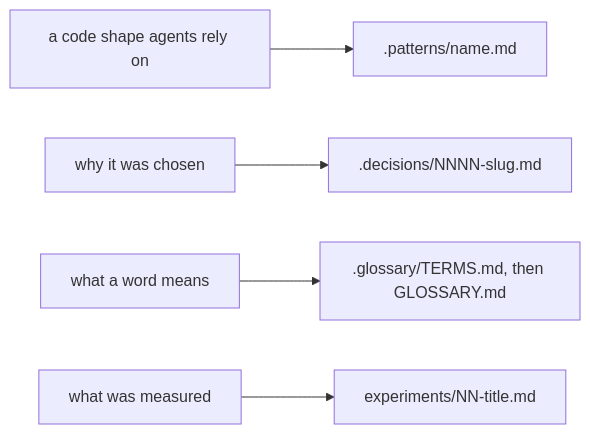
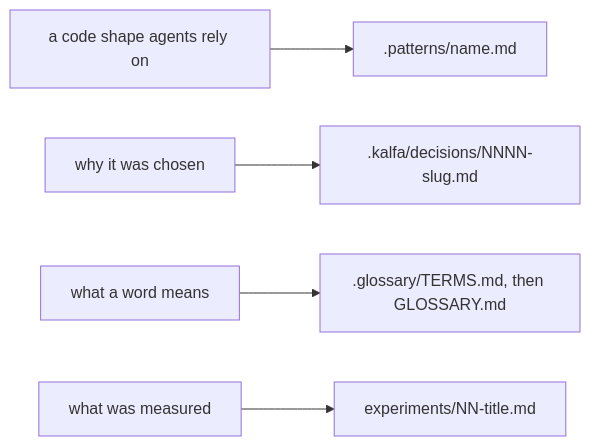
One commit to kamp-us/tea-fabrika changed the diagram in .patterns/README.md. Above: the diagram before and after it, drawn with Mermaid. The commit also changed other lines of this file and 980 other files, not shown here.

First line of the commit message:
The decision log is replaced by a short ADR log in .kalfa/decisions/ (556 records to 54)

````diff
--- a/.patterns/README.md
+++ b/.patterns/README.md
@@ -8,7 +8,7 @@
 ```mermaid
 flowchart LR
   shape["a code shape agents rely on"] --> patterns[".patterns/name.md"]
-  why["why it was chosen"] --> decisions[".decisions/NNNN-slug.md"]
+  why["why it was chosen"] --> decisions[".kalfa/decisions/NNNN-slug.md"]
   word["what a word means"] --> glossary[".glossary/TERMS.md, then GLOSSARY.md"]
   measured["what was measured"] --> experiments["experiments/NN-title.md"]
 ```
````
